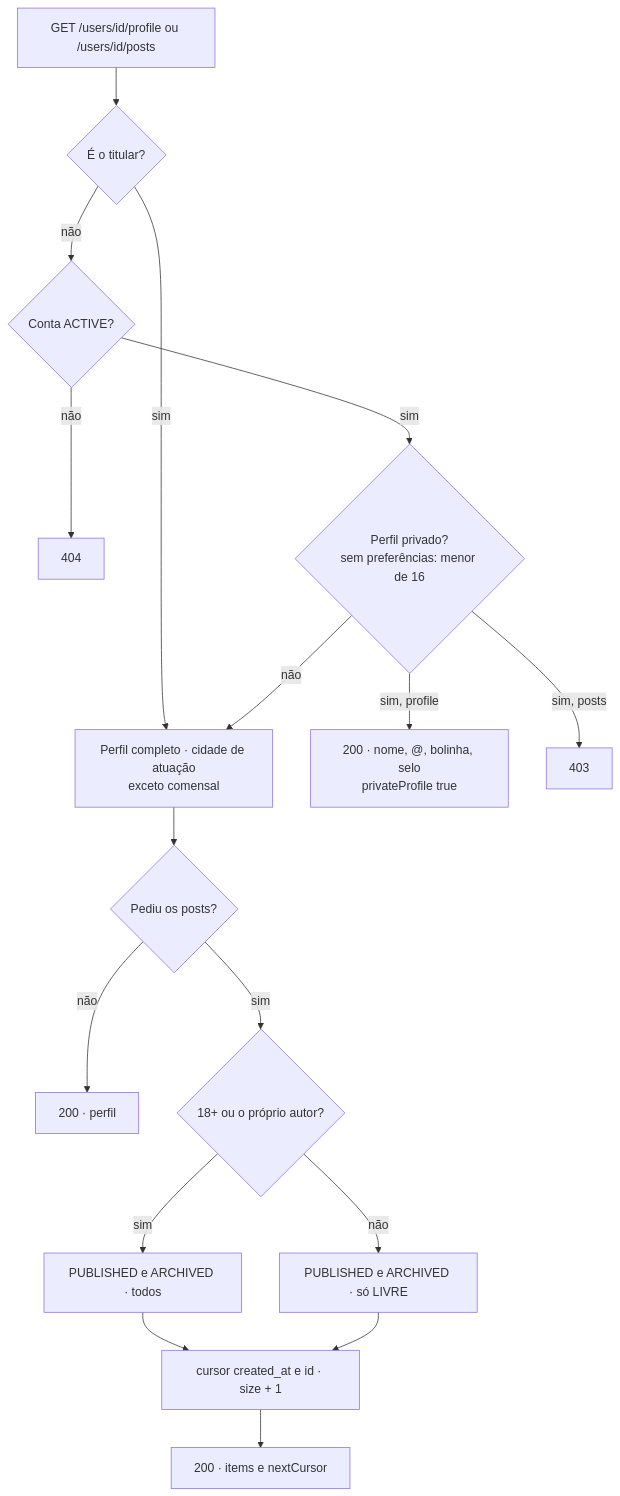
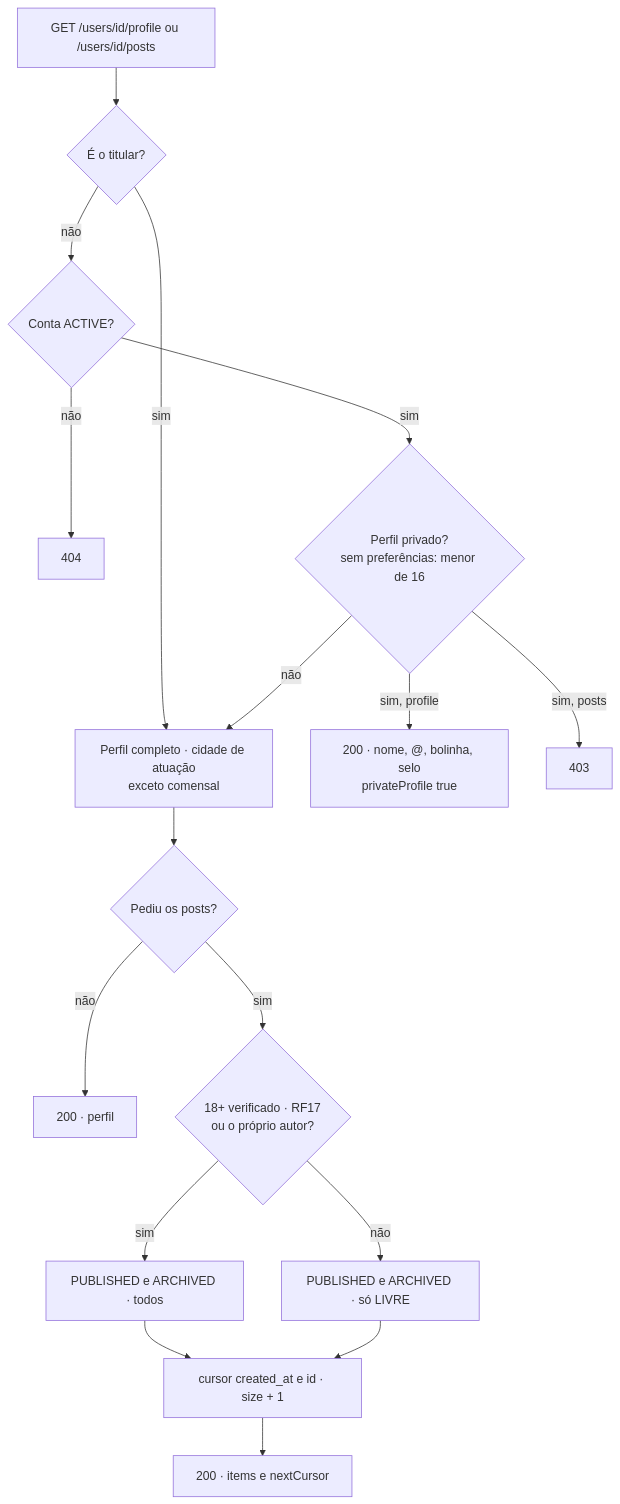
Before and after one commit to MatheusHaliski/Friendly-Eats: the first of 2 diagrams in docs/RF15/atividades.md, drawn with Mermaid. The commit also changed 71 other files, not shown here.

````diff
--- a/docs/RF15/atividades.md
+++ b/docs/RF15/atividades.md
@@ -5,18 +5,18 @@
 ```mermaid
 flowchart TD
     G[GET /users/id/profile ou /users/id/posts] --> T{É o titular?}
     T -- sim --> FULL
     T -- não --> A{Conta ACTIVE?}
     A -- não --> N404[404]
     A -- sim --> P{Perfil privado?<br/>sem preferências: menor de 16}
     P -- sim, profile --> MIN[200 · nome, @, bolinha, selo<br/>privateProfile true]
     P -- sim, posts --> N403[403]
     P -- não --> FULL[Perfil completo · cidade de atuação<br/>exceto comensal]
     FULL --> PO{Pediu os posts?}
     PO -- não --> OK1[200 · perfil]
-    PO -- sim --> AG{18+ ou o próprio autor?}
+    PO -- sim --> AG{18+ verificado · RF17<br/>ou o próprio autor?}
     AG -- sim --> ALL[PUBLISHED e ARCHIVED · todos]
     AG -- não --> LV[PUBLISHED e ARCHIVED · só LIVRE]
     ALL & LV --> PG[cursor created_at e id · size + 1]
     PG --> OK2[200 · items e nextCursor]
 ```
````
